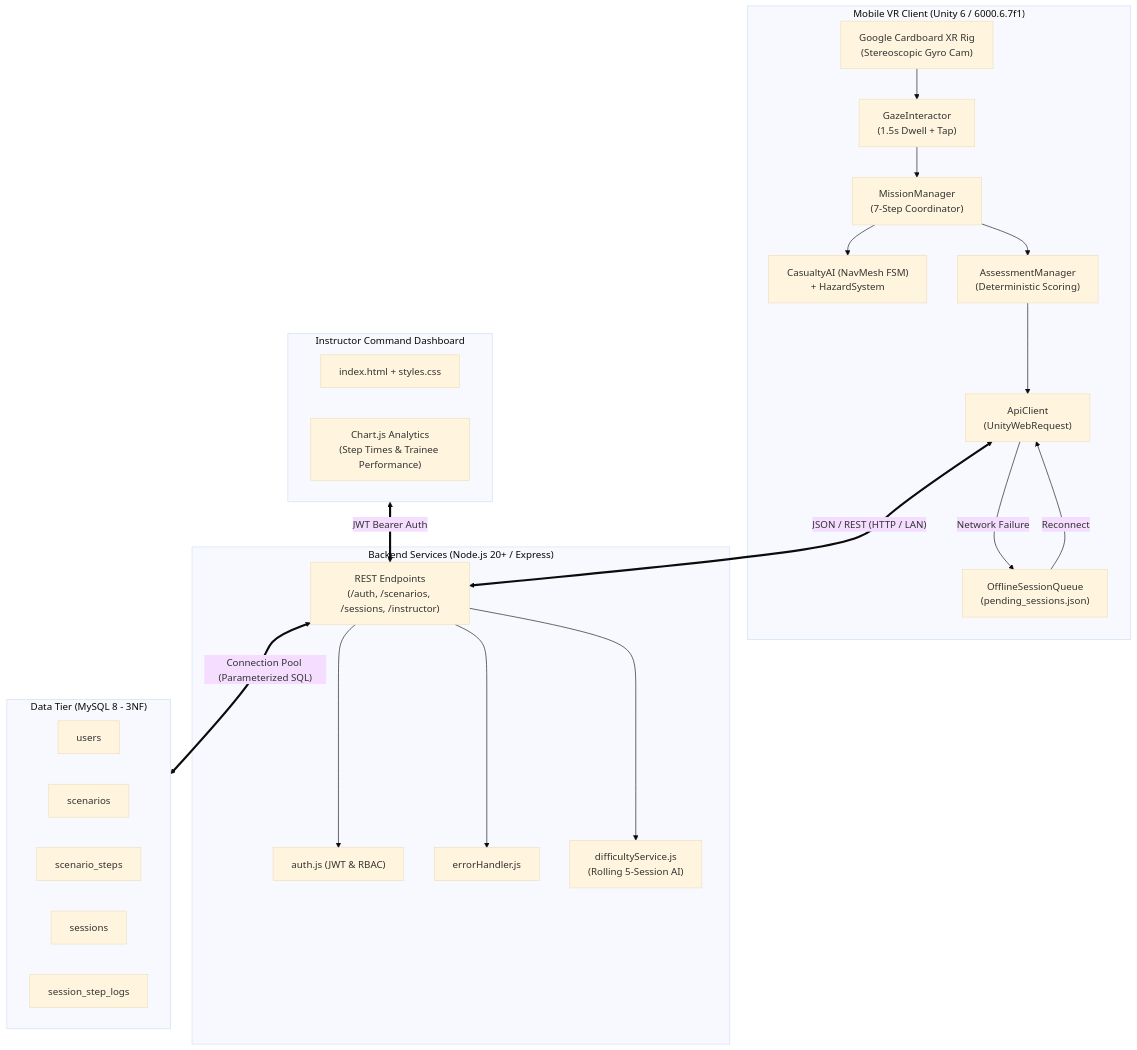
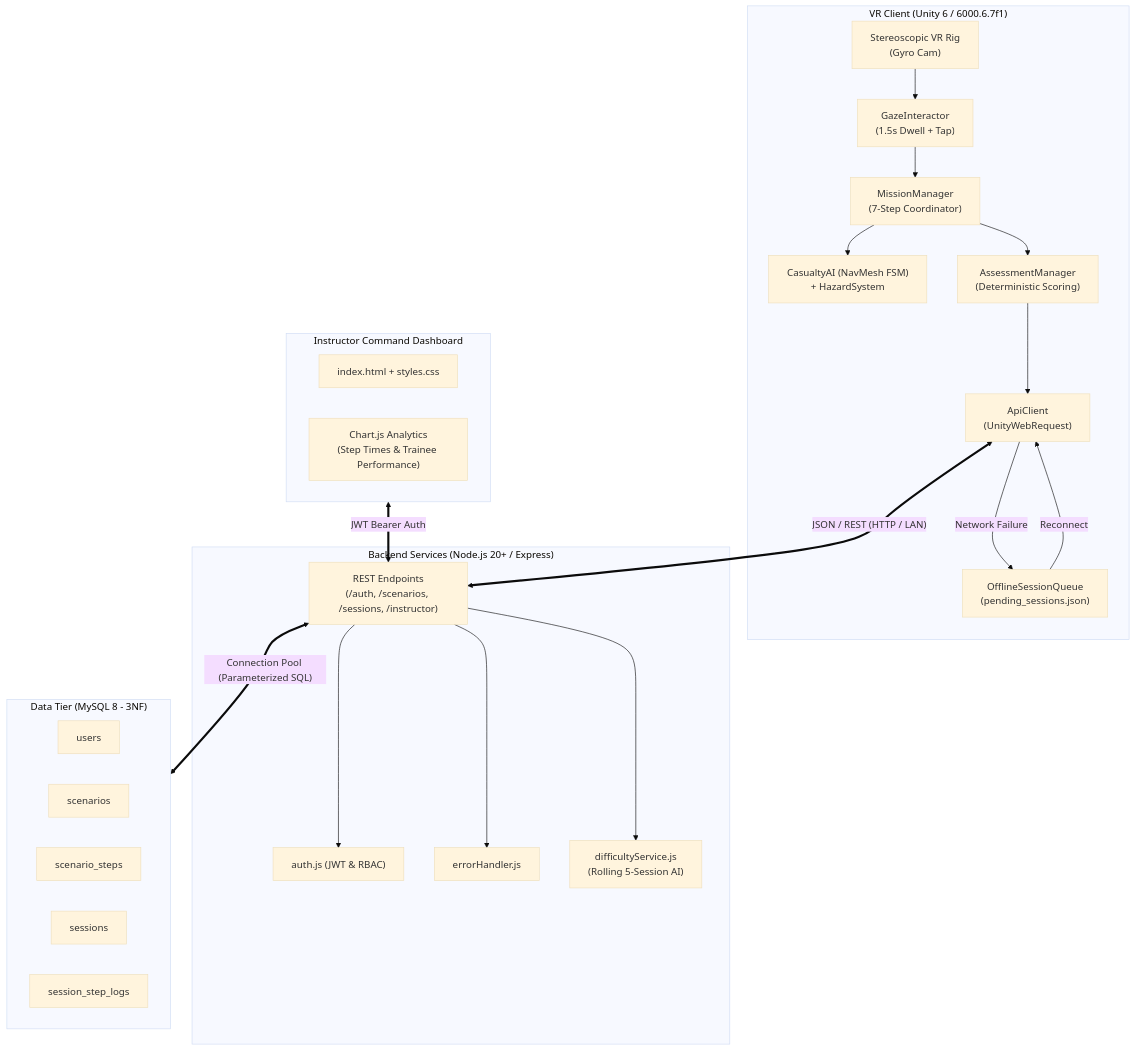
One commit to hackerrorwottt/DrillVR changed the first of 6 diagrams in README.md. Above: the diagram before and after it, drawn with Mermaid (base theme). The commit also changed other lines of this file, not shown here.

Commit message:
docs: generalize mobile VR references to standard VR throughout README

````diff
--- a/README.md
+++ b/README.md
@@ -122,46 +122,46 @@
 ```mermaid
 flowchart TB
-    subgraph MobileClient ["Mobile VR Client (Unity 6 / 6000.6.7f1)"]
-        XR["Google Cardboard XR Rig\n(Stereoscopic Gyro Cam)"]
+    subgraph VRClient ["VR Client (Unity 6 / 6000.6.7f1)"]
+        XR["Stereoscopic VR Rig\n(Gyro Cam)"]
         GI["GazeInteractor\n(1.5s Dwell + Tap)"]
         MM["MissionManager\n(7-Step Coordinator)"]
         AI["CasualtyAI (NavMesh FSM)\n+ HazardSystem"]
         AM["AssessmentManager\n(Deterministic Scoring)"]
         Queue["OfflineSessionQueue\n(pending_sessions.json)"]
         Client["ApiClient\n(UnityWebRequest)"]
     end
 
     subgraph BackendAPI ["Backend Services (Node.js 20+ / Express)"]
         AuthMid["auth.js (JWT & RBAC)"]
         ErrMid["errorHandler.js"]
         DiffSvc["difficultyService.js\n(Rolling 5-Session AI)"]
         Routes["REST Endpoints\n(/auth, /scenarios, /sessions, /instructor)"]
     end
 
     subgraph DatabaseLayer ["Data Tier (MySQL 8 - 3NF)"]
         T1["users"]
         T2["scenarios"]
         T3["scenario_steps"]
         T4["sessions"]
         T5["session_step_logs"]
     end
 
     subgraph InstructorDashboard ["Instructor Command Dashboard"]
         WebUI["index.html + styles.css"]
         Charts["Chart.js Analytics\n(Step Times & Trainee Performance)"]
     end
 
     XR --> GI
     GI --> MM
     MM --> AI
     MM --> AM
     AM --> Client
     Client -- "Network Failure" --> Queue
     Queue -- "Reconnect" --> Client
     Client <== "JSON / REST (HTTP / LAN)" ==> Routes
     Routes --> AuthMid
     Routes --> DiffSvc
     Routes --> ErrMid
     Routes <== "Connection Pool (Parameterized SQL)" ==> DatabaseLayer
     InstructorDashboard <== "JWT Bearer Auth" ==> Routes
 ```
````
